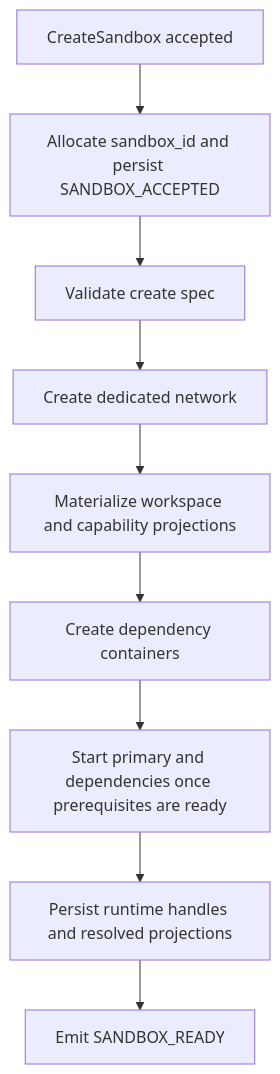
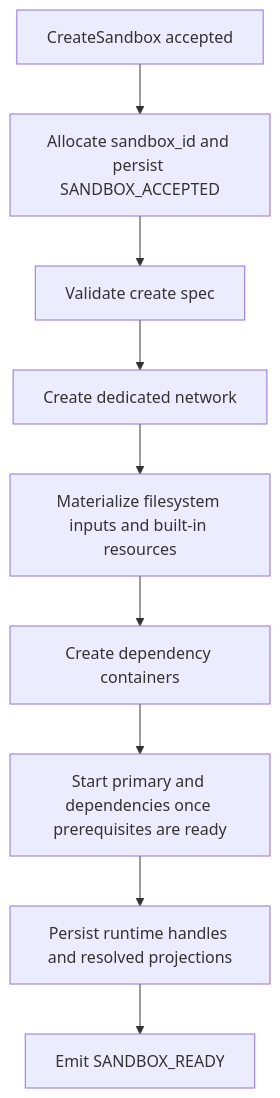
The second of 5 diagrams in docs/sandbox_container_lifecycle.md (1996fanrui/agents-sandbox), drawn with Mermaid before and after one commit. The commit also changed other lines of this file and 24 other files, not shown here.

````diff
--- a/docs/sandbox_container_lifecycle.md
+++ b/docs/sandbox_container_lifecycle.md
@@ -72,11 +89,11 @@
 ```mermaid
 flowchart TB
     A[CreateSandbox accepted] --> B[Allocate sandbox_id and persist SANDBOX_ACCEPTED]
     B --> C[Validate create spec]
     C --> D[Create dedicated network]
-    D --> E[Materialize workspace and capability projections]
+    D --> E[Materialize filesystem inputs and built-in resources]
     E --> F[Create dependency containers]
     F --> G[Start primary and dependencies once prerequisites are ready]
     G --> H[Persist runtime handles and resolved projections]
     H --> I[Emit SANDBOX_READY]
 ```
````
